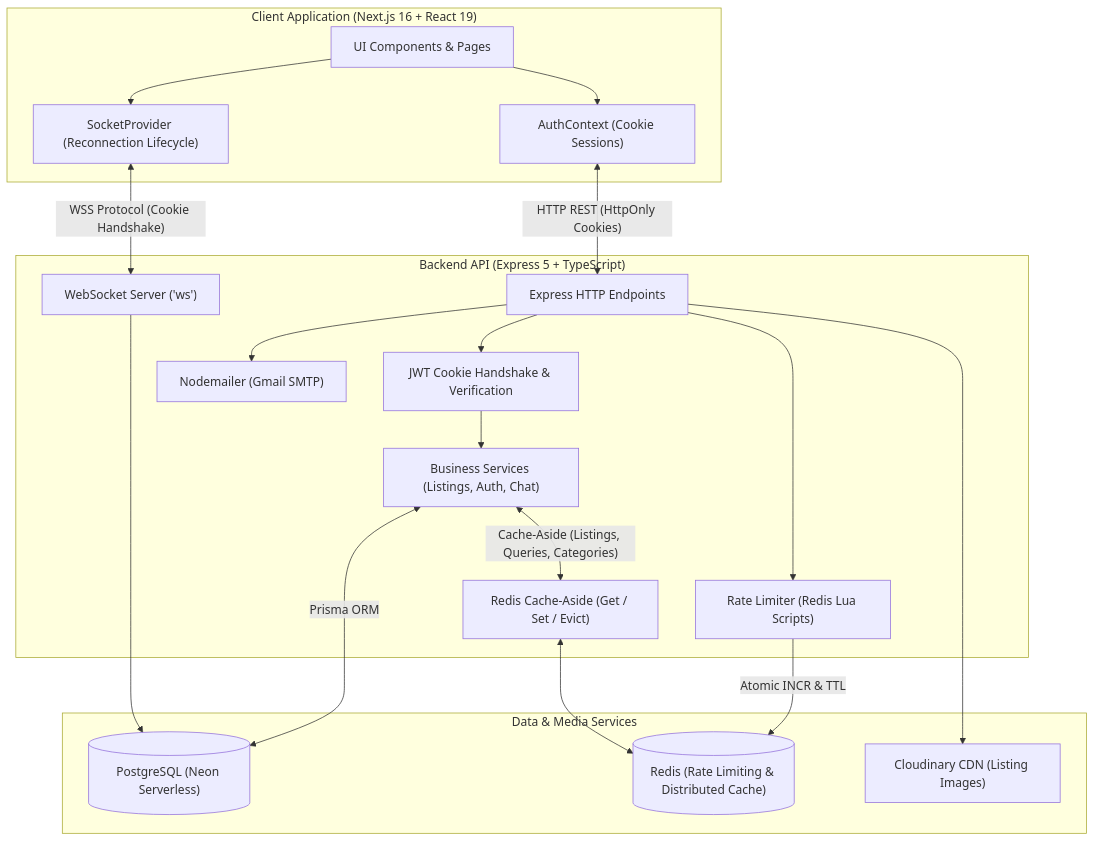
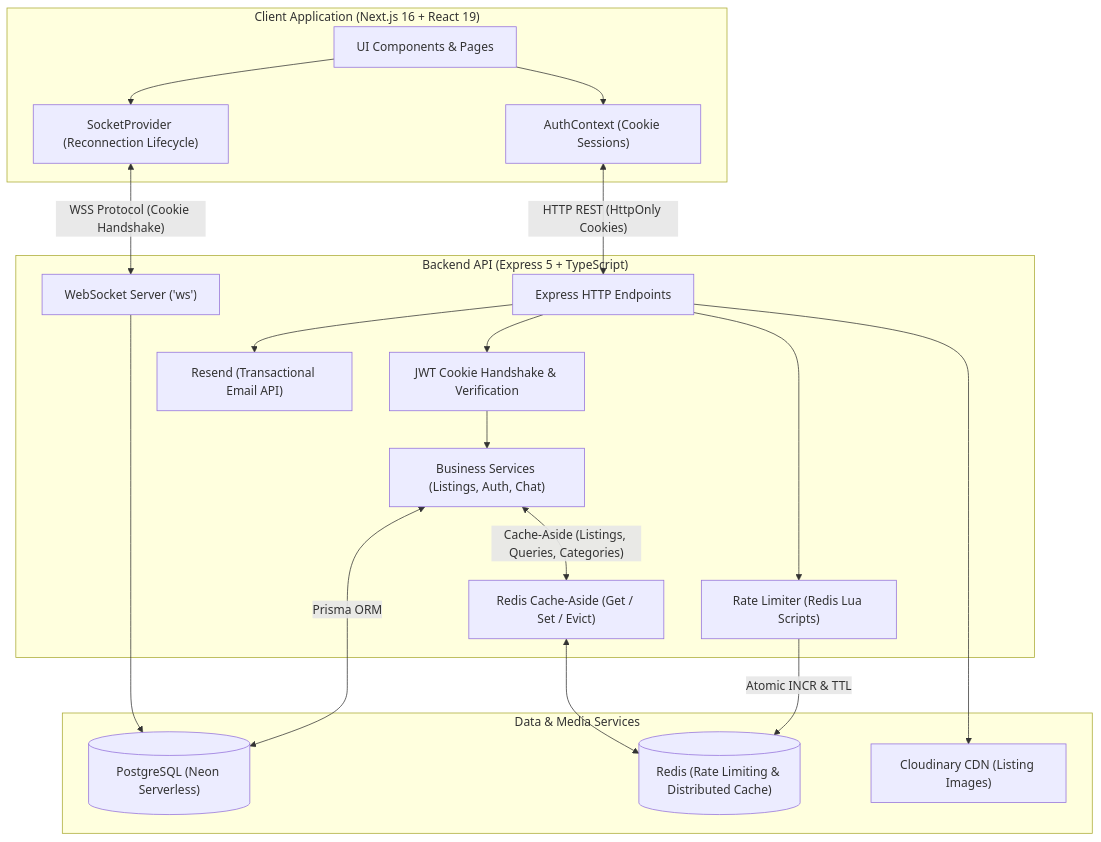
The diagram in README.md (Dhruvone8/Sell-On-Campus), drawn with Mermaid before and after one commit. The commit also changed other lines of this file, not shown here.

Commit message:
docs: update README with Resend email service and badge

````diff
--- a/README.md
+++ b/README.md
@@ -91,39 +93,39 @@
 ```mermaid
 graph TD
     subgraph Browser ["Client Application (Next.js 16 + React 19)"]
         UI["UI Components & Pages"]
         AuthCtx["AuthContext (Cookie Sessions)"]
         SocketCtx["SocketProvider (Reconnection Lifecycle)"]
     end
 
     subgraph Backend ["Backend API (Express 5 + TypeScript)"]
         HTTP["Express HTTP Endpoints"]
         RateLimit["Rate Limiter (Redis Lua Scripts)"]
         AuthMiddleware["JWT Cookie Handshake & Verification"]
         Services["Business Services (Listings, Auth, Chat)"]
         CacheLayer["Redis Cache-Aside (Get / Set / Evict)"]
         WSServer["WebSocket Server ('ws')"]
-        EmailService["Nodemailer (Gmail SMTP)"]
+        EmailService["Resend (Transactional Email API)"]
     end
 
     subgraph DataStore ["Data & Media Services"]
         NeonDB[("PostgreSQL (Neon Serverless)")]
         RedisDB[("Redis (Rate Limiting & Distributed Cache)")]
         Cloudinary["Cloudinary CDN (Listing Images)"]
     end
 
     UI --> AuthCtx
     UI --> SocketCtx
     AuthCtx <-->|"HTTP REST (HttpOnly Cookies)"| HTTP
     SocketCtx <-->|"WSS Protocol (Cookie Handshake)"| WSServer
     HTTP --> RateLimit
     RateLimit -->|"Atomic INCR & TTL"| RedisDB
     HTTP --> AuthMiddleware
     AuthMiddleware --> Services
     Services <-->|"Cache-Aside (Listings, Queries, Categories)"| CacheLayer
     CacheLayer <--> RedisDB
     Services <-->|"Prisma ORM"| NeonDB
     HTTP --> Cloudinary
     HTTP --> EmailService
     WSServer --> NeonDB
 ```
````
